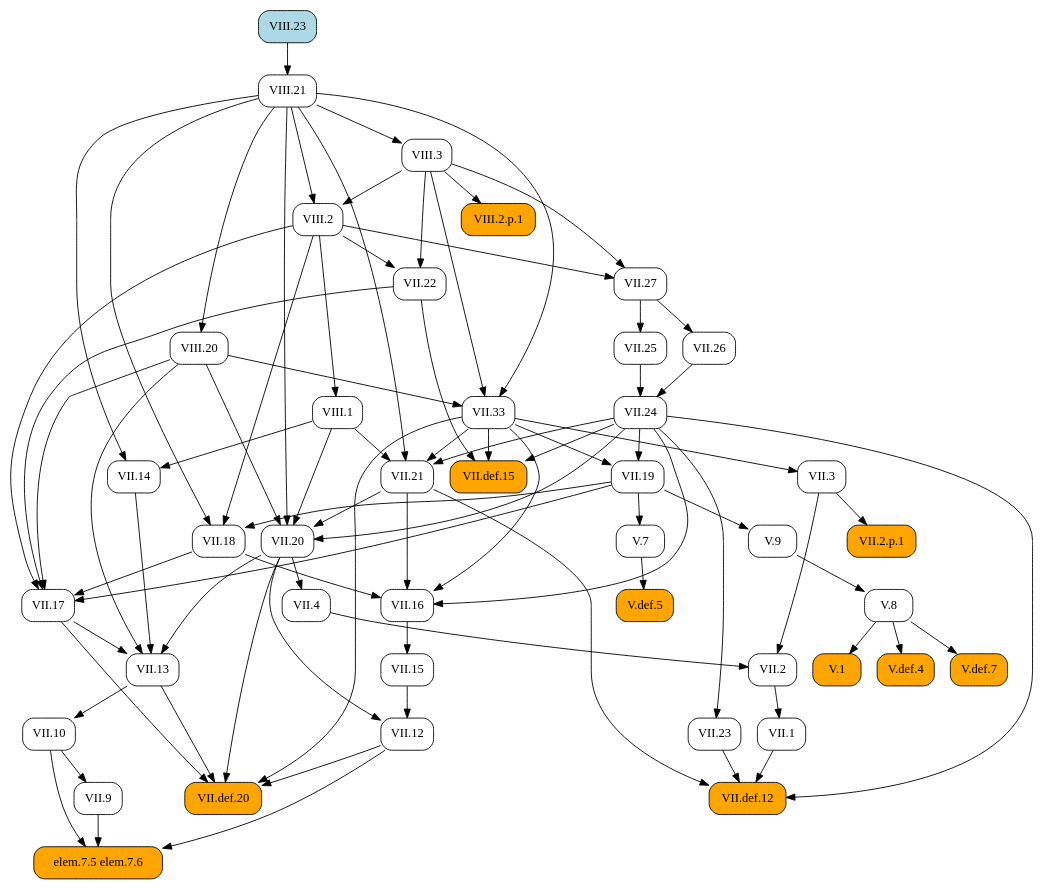
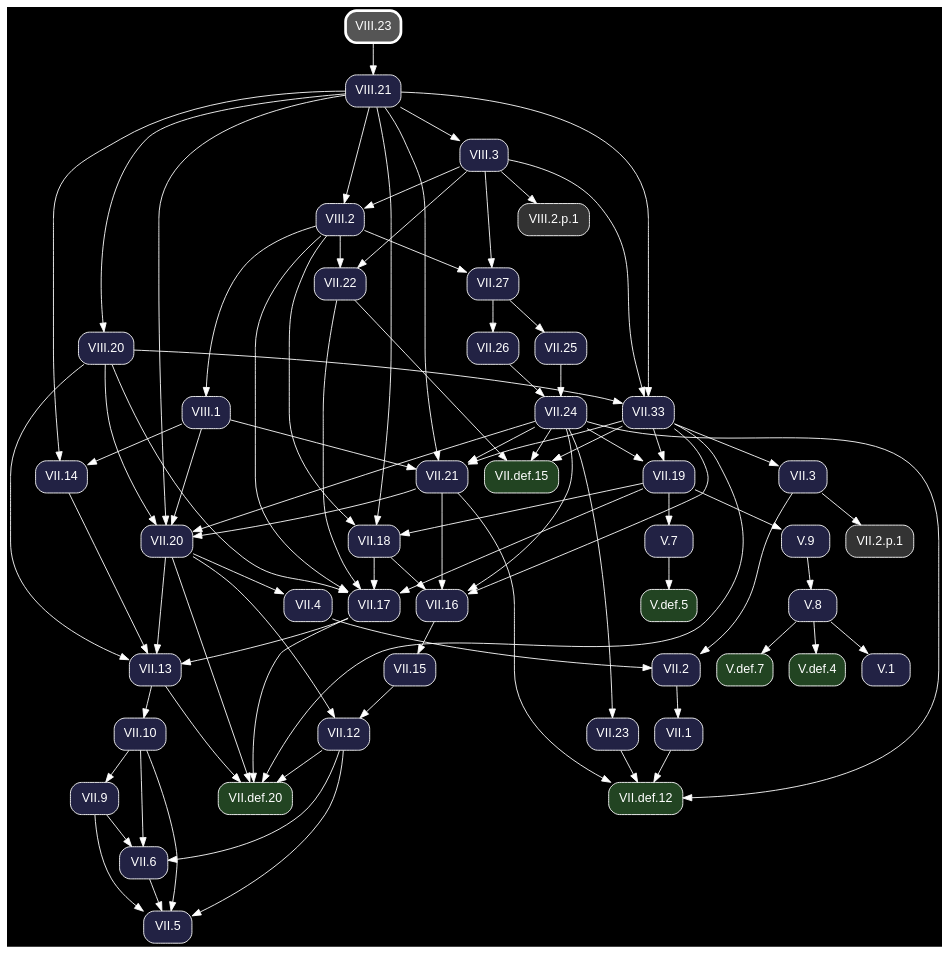
One commit to geometor/elements changed the diagram in docsrc/heath/VIII/23/index.rst. Above: the diagram before and after it, drawn with Graphviz. The commit also changed other lines of this file and 1200 other files, not shown here.

Commit message:
update dependency graphs

```diff
--- a/docsrc/heath/VIII/23/index.rst
+++ b/docsrc/heath/VIII/23/index.rst
@@ -28,90 +28,60 @@
 .. graphviz::
 
    digraph {
+     bgcolor="black";
+     node [shape=box, style="rounded,filled", fontname="Helvetica", color="white", fontcolor="white"];
+     edge [color="white", fontcolor="white"];
      rankdir="TB";
-     node [shape=box, style=rounded];
-     "VII.33" [URL="/heath/VII/33/", target="_top"];
-     "VII.12" [URL="/heath/VII/12/", target="_top"];
-     "elem.7.5 elem.7.6" [style="rounded,filled", fillcolor=orange];
-     "VIII.20" [URL="/heath/VIII/20/", target="_top"];
-     "VII.9" [URL="/heath/VII/9/", target="_top"];
-     "VIII.2" [URL="/heath/VIII/2/", target="_top"];
-     "VII.18" [URL="/heath/VII/18/", target="_top"];
-     "VII.16" [URL="/heath/VII/16/", target="_top"];
-     "V.7" [URL="/heath/V/7/", target="_top"];
-     "VII.26" [URL="/heath/VII/26/", target="_top"];
-     "V.def.5" [style="rounded,filled", fillcolor=orange, URL="/heath/V/def.5/", target="_top"];
-     "V.9" [URL="/heath/V/9/", target="_top"];
-     "VII.10" [URL="/heath/VII/10/", target="_top"];
-     "VIII.3" [URL="/heath/VIII/3/", target="_top"];
-     "VII.13" [URL="/heath/VII/13/", target="_top"];
-     "VIII.23" [style="rounded,filled", fillcolor=lightblue, URL="/heath/VIII/23/", target="_top"];
-     "VII.def.15" [style="rounded,filled", fillcolor=orange, URL="/heath/VII/def.15/", target="_top"];
-     "VII.17" [URL="/heath/VII/17/", target="_top"];
-     "VII.19" [URL="/heath/VII/19/", target="_top"];
-     "VIII.2.p.1" [style="rounded,filled", fillcolor=orange];
-     "VII.2" [URL="/heath/VII/2/", target="_top"];
-     "VII.def.20" [style="rounded,filled", fillcolor=orange, URL="/heath/VII/def.20/", target="_top"];
-     "VII.2.p.1" [style="rounded,filled", fillcolor=orange];
-     "VII.15" [URL="/heath/VII/15/", target="_top"];
-     "V.def.4" [style="rounded,filled", fillcolor=orange, URL="/heath/V/def.4/", target="_top"];
-     "V.def.7" [style="rounded,filled", fillcolor=orange, URL="/heath/V/def.7/", target="_top"];
-     "VII.14" [URL="/heath/VII/14/", target="_top"];
-     "VIII.21" [URL="/heath/VIII/21/", target="_top"];
-     "VII.27" [URL="/heath/VII/27/", target="_top"];
-     "VII.21" [URL="/heath/VII/21/", target="_top"];
-     "VII.22" [URL="/heath/VII/22/", target="_top"];
-     "VII.25" [URL="/heath/VII/25/", target="_top"];
-     "VIII.1" [URL="/heath/VIII/1/", target="_top"];
-     "VII.1" [URL="/heath/VII/1/", target="_top"];
-     "V.8" [URL="/heath/V/8/", target="_top"];
-     "VII.23" [URL="/heath/VII/23/", target="_top"];
-     "VII.4" [URL="/heath/VII/4/", target="_top"];
-     "VII.def.12" [style="rounded,filled", fillcolor=orange, URL="/heath/VII/def.12/", target="_top"];
-     "V.1" [style="rounded,filled", fillcolor=orange, URL="/heath/V/1/", target="_top"];
-     "VII.3" [URL="/heath/VII/3/", target="_top"];
-     "VII.24" [URL="/heath/VII/24/", target="_top"];
-     "VII.20" [URL="/heath/VII/20/", target="_top"];
+     "VII.33" [fillcolor="#222244", URL="/heath/VII/33/", target="_top"];
+     "V.def.5" [fillcolor="#224422", URL="/heath/V/def.5/", target="_top"];
+     "VII.18" [fillcolor="#222244", URL="/heath/VII/18/", target="_top"];
+     "VII.2" [fillcolor="#222244", URL="/heath/VII/2/", target="_top"];
+     "VII.def.20" [fillcolor="#224422", URL="/heath/VII/def.20/", target="_top"];
+     "VIII.21" [fillcolor="#222244", URL="/heath/VIII/21/", target="_top"];
+     "VII.26" [fillcolor="#222244", URL="/heath/VII/26/", target="_top"];
+     "VII.1" [fillcolor="#222244", URL="/heath/VII/1/", target="_top"];
+     "VII.13" [fillcolor="#222244", URL="/heath/VII/13/", target="_top"];
+     "VIII.2.p.1" [fillcolor="#333333"];
+     "VII.27" [fillcolor="#222244", URL="/heath/VII/27/", target="_top"];
+     "VII.4" [fillcolor="#222244", URL="/heath/VII/4/", target="_top"];
+     "VII.25" [fillcolor="#222244", URL="/heath/VII/25/", target="_top"];
+     "VIII.20" [fillcolor="#222244", URL="/heath/VIII/20/", target="_top"];
+     "VII.21" [fillcolor="#222244", URL="/heath/VII/21/", target="_top"];
+     "VII.9" [fillcolor="#222244", URL="/heath/VII/9/", target="_top"];
+     "V.7" [fillcolor="#222244", URL="/heath/V/7/", target="_top"];
+     "VII.12" [fillcolor="#222244", URL="/heath/VII/12/", target="_top"];
+     "V.9" [fillcolor="#222244", URL="/heath/V/9/", target="_top"];
+     "VII.17" [fillcolor="#222244", URL="/heath/VII/17/", target="_top"];
+     "VII.24" [fillcolor="#222244", URL="/heath/VII/24/", target="_top"];
+     "VII.22" [fillcolor="#222244", URL="/heath/VII/22/", target="_top"];
+     "VIII.2" [fillcolor="#222244", URL="/heath/VIII/2/", target="_top"];
+     "V.def.7" [fillcolor="#224422", URL="/heath/V/def.7/", target="_top"];
+     "VII.20" [fillcolor="#222244", URL="/heath/VII/20/", target="_top"];
+     "V.def.4" [fillcolor="#224422", URL="/heath/V/def.4/", target="_top"];
+     "VII.5" [fillcolor="#222244", URL="/heath/VII/5/", target="_top"];
+     "VIII.23" [penwidth=3, color="white", fillcolor="#555555", URL="/heath/VIII/23/", target="_top"];
+     "VII.def.15" [fillcolor="#224422", URL="/heath/VII/def.15/", target="_top"];
+     "VIII.3" [fillcolor="#222244", URL="/heath/VIII/3/", target="_top"];
+     "VII.2.p.1" [fillcolor="#333333"];
+     "VII.6" [fillcolor="#222244", URL="/heath/VII/6/", target="_top"];
+     "VII.16" [fillcolor="#222244", URL="/heath/VII/16/", target="_top"];
+     "VII.15" [fillcolor="#222244", URL="/heath/VII/15/", target="_top"];
+     "V.1" [fillcolor="#222244", URL="/heath/V/1/", target="_top"];
+     "VII.10" [fillcolor="#222244", URL="/heath/VII/10/", target="_top"];
+     "VII.23" [fillcolor="#222244", URL="/heath/VII/23/", target="_top"];
+     "VII.def.12" [fillcolor="#224422", URL="/heath/VII/def.12/", target="_top"];
+     "VII.19" [fillcolor="#222244", URL="/heath/VII/19/", target="_top"];
+     "VIII.1" [fillcolor="#222244", URL="/heath/VIII/1/", target="_top"];
+     "V.8" [fillcolor="#222244", URL="/heath/V/8/", target="_top"];
+     "VII.3" [fillcolor="#222244", URL="/heath/VII/3/", target="_top"];
+     "VII.14" [fillcolor="#222244", URL="/heath/VII/14/", target="_top"];
      "VIII.3" -> "VII.33";
      "VIII.20" -> "VII.33";
      "VIII.21" -> "VII.33";
-     "VII.15" -> "VII.12";
-     "VII.20" -> "VII.12";
-     "VII.9" -> "elem.7.5 elem.7.6";
-     "VII.10" -> "elem.7.5 elem.7.6";
-     "VII.12" -> "elem.7.5 elem.7.6";
-     "VIII.21" -> "VIII.20";
-     "VII.10" -> "VII.9";
-     "VIII.3" -> "VIII.2";
-     "VIII.21" -> "VIII.2";
+     "V.7" -> "V.def.5";
      "VII.19" -> "VII.18";
      "VIII.2" -> "VII.18";
      "VIII.21" -> "VII.18";
-     "VII.18" -> "VII.16";
-     "VII.21" -> "VII.16";
-     "VII.24" -> "VII.16";
-     "VII.33" -> "VII.16";
-     "VII.19" -> "V.7";
-     "VII.27" -> "VII.26";
-     "V.7" -> "V.def.5";
-     "VII.19" -> "V.9";
-     "VII.13" -> "VII.10";
-     "VIII.21" -> "VIII.3";
-     "VII.14" -> "VII.13";
-     "VII.17" -> "VII.13";
-     "VII.20" -> "VII.13";
-     "VIII.20" -> "VII.13";
-     "VII.22" -> "VII.def.15";
-     "VII.24" -> "VII.def.15";
-     "VII.33" -> "VII.def.15";
-     "VII.18" -> "VII.17";
-     "VII.19" -> "VII.17";
-     "VII.22" -> "VII.17";
-     "VIII.2" -> "VII.17";
-     "VIII.20" -> "VII.17";
-     "VII.24" -> "VII.19";
-     "VII.33" -> "VII.19";
-     "VIII.3" -> "VIII.2.p.1";
      "VII.3" -> "VII.2";
      "VII.4" -> "VII.2";
      "VII.12" -> "VII.def.20";
@@ -119,38 +89,75 @@
      "VII.17" -> "VII.def.20";
      "VII.20" -> "VII.def.20";
      "VII.33" -> "VII.def.20";
-     "VII.3" -> "VII.2.p.1";
-     "VII.16" -> "VII.15";
-     "V.8" -> "V.def.4";
-     "V.8" -> "V.def.7";
-     "VIII.1" -> "VII.14";
-     "VIII.21" -> "VII.14";
      "VIII.23" -> "VIII.21";
+     "VII.27" -> "VII.26";
+     "VII.2" -> "VII.1";
+     "VII.14" -> "VII.13";
+     "VII.17" -> "VII.13";
+     "VII.20" -> "VII.13";
+     "VIII.20" -> "VII.13";
+     "VIII.3" -> "VIII.2.p.1";
      "VIII.2" -> "VII.27";
      "VIII.3" -> "VII.27";
+     "VII.20" -> "VII.4";
+     "VII.27" -> "VII.25";
+     "VIII.21" -> "VIII.20";
      "VII.24" -> "VII.21";
      "VII.33" -> "VII.21";
      "VIII.1" -> "VII.21";
      "VIII.21" -> "VII.21";
+     "VII.10" -> "VII.9";
+     "VII.19" -> "V.7";
+     "VII.15" -> "VII.12";
+     "VII.20" -> "VII.12";
+     "VII.19" -> "V.9";
+     "VII.18" -> "VII.17";
+     "VII.19" -> "VII.17";
+     "VII.22" -> "VII.17";
+     "VIII.2" -> "VII.17";
+     "VIII.20" -> "VII.17";
+     "VII.25" -> "VII.24";
+     "VII.26" -> "VII.24";
      "VIII.2" -> "VII.22";
      "VIII.3" -> "VII.22";
-     "VII.27" -> "VII.25";
-     "VIII.2" -> "VIII.1";
-     "VII.2" -> "VII.1";
-     "V.9" -> "V.8";
-     "VII.24" -> "VII.23";
-     "VII.20" -> "VII.4";
-     "VII.1" -> "VII.def.12";
-     "VII.21" -> "VII.def.12";
-     "VII.23" -> "VII.def.12";
-     "VII.24" -> "VII.def.12";
-     "V.8" -> "V.1";
-     "VII.33" -> "VII.3";
-     "VII.25" -> "VII.24";
-     "VII.26" -> "VII.24";
+     "VIII.3" -> "VIII.2";
+     "VIII.21" -> "VIII.2";
+     "V.8" -> "V.def.7";
      "VII.21" -> "VII.20";
      "VII.24" -> "VII.20";
      "VIII.1" -> "VII.20";
      "VIII.20" -> "VII.20";
      "VIII.21" -> "VII.20";
+     "V.8" -> "V.def.4";
+     "VII.6" -> "VII.5";
+     "VII.9" -> "VII.5";
+     "VII.10" -> "VII.5";
+     "VII.12" -> "VII.5";
+     "VII.22" -> "VII.def.15";
+     "VII.24" -> "VII.def.15";
+     "VII.33" -> "VII.def.15";
+     "VIII.21" -> "VIII.3";
+     "VII.3" -> "VII.2.p.1";
+     "VII.9" -> "VII.6";
+     "VII.10" -> "VII.6";
+     "VII.12" -> "VII.6";
+     "VII.18" -> "VII.16";
+     "VII.21" -> "VII.16";
+     "VII.24" -> "VII.16";
+     "VII.33" -> "VII.16";
+     "VII.16" -> "VII.15";
+     "V.8" -> "V.1";
+     "VII.13" -> "VII.10";
+     "VII.24" -> "VII.23";
+     "VII.1" -> "VII.def.12";
+     "VII.21" -> "VII.def.12";
+     "VII.23" -> "VII.def.12";
+     "VII.24" -> "VII.def.12";
+     "VII.24" -> "VII.19";
+     "VII.33" -> "VII.19";
+     "VIII.2" -> "VIII.1";
+     "V.9" -> "V.8";
+     "VII.33" -> "VII.3";
+     "VIII.1" -> "VII.14";
+     "VIII.21" -> "VII.14";
    }
```
